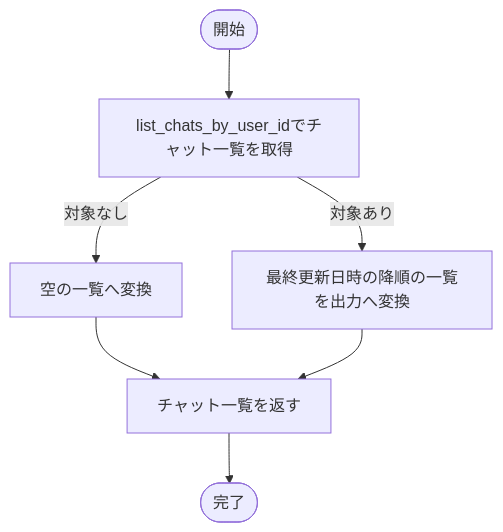
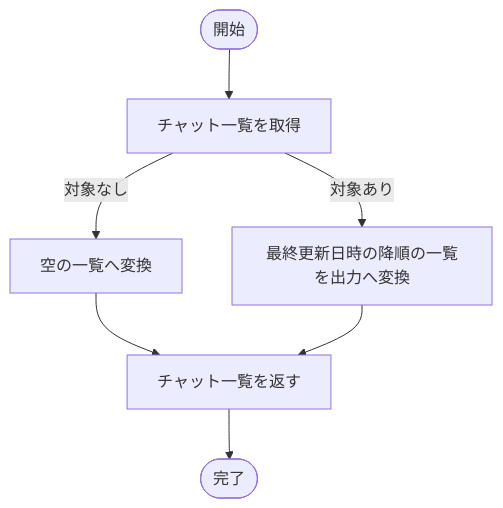
Before and after one commit to ponta-kh/paperbuddy: the diagram in docs/backend/specification/usecases/chat/list_chats.md, drawn with Mermaid. The commit also changed other lines of this file and 12 other files, not shown here.

````diff
--- a/docs/backend/specification/usecases/chat/list_chats.md
+++ b/docs/backend/specification/usecases/chat/list_chats.md
@@ -83,9 +83,9 @@
 ```mermaid
 flowchart TD
-    A([開始]) --> B["list_chats_by_user_idでチャット一覧を取得"]
+    A([開始]) --> B["チャット一覧を取得"]
     B -->|対象なし| C["空の一覧へ変換"]
     B -->|対象あり| D["最終更新日時の降順の一覧を出力へ変換"]
     C --> E["チャット一覧を返す"]
     D --> E
     E --> F([完了])
 ```
````
